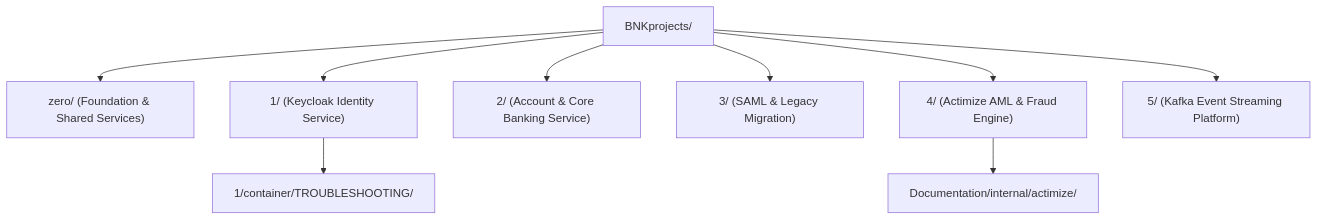
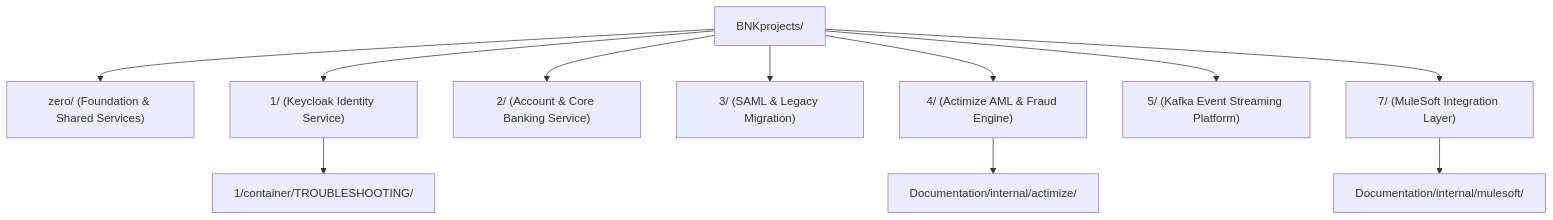
One commit to VladxDevops/MockBank changed the diagram in BNKprojects/README.md. Above: the diagram before and after it, drawn with Mermaid. The commit also changed other lines of this file and 14 other files, not shown here.

Commit message:
REDIS, MemoryStore, Mulesoft, OpenTelemtry, Kafka, PUBSUB. Started new documentation and planning for the mentioned tools. Current status: Planning/NotStarted/Pending/NotImplemented. Added internal and external new documentation, integration planning

````diff
--- a/BNKprojects/README.md
+++ b/BNKprojects/README.md
@@ -31,12 +31,14 @@
 ```mermaid
 graph TD
     ProjectsRoot["BNKprojects/"] --> P0["zero/ (Foundation & Shared Services)"]
     ProjectsRoot --> P1["1/ (Keycloak Identity Service)"]
     ProjectsRoot --> P2["2/ (Account & Core Banking Service)"]
     ProjectsRoot --> P3["3/ (SAML & Legacy Migration)"]
     ProjectsRoot --> P4["4/ (Actimize AML & Fraud Engine)"]
     ProjectsRoot --> P5["5/ (Kafka Event Streaming Platform)"]
+    ProjectsRoot --> P7["7/ (MuleSoft Integration Layer)"]
 
     P1 --> KeycloakTS["1/container/TROUBLESHOOTING/"]
     P4 --> ActimizeDoc["Documentation/internal/actimize/"]
+    P7 --> MuleSoftDoc["Documentation/internal/mulesoft/"]
 ```
````
